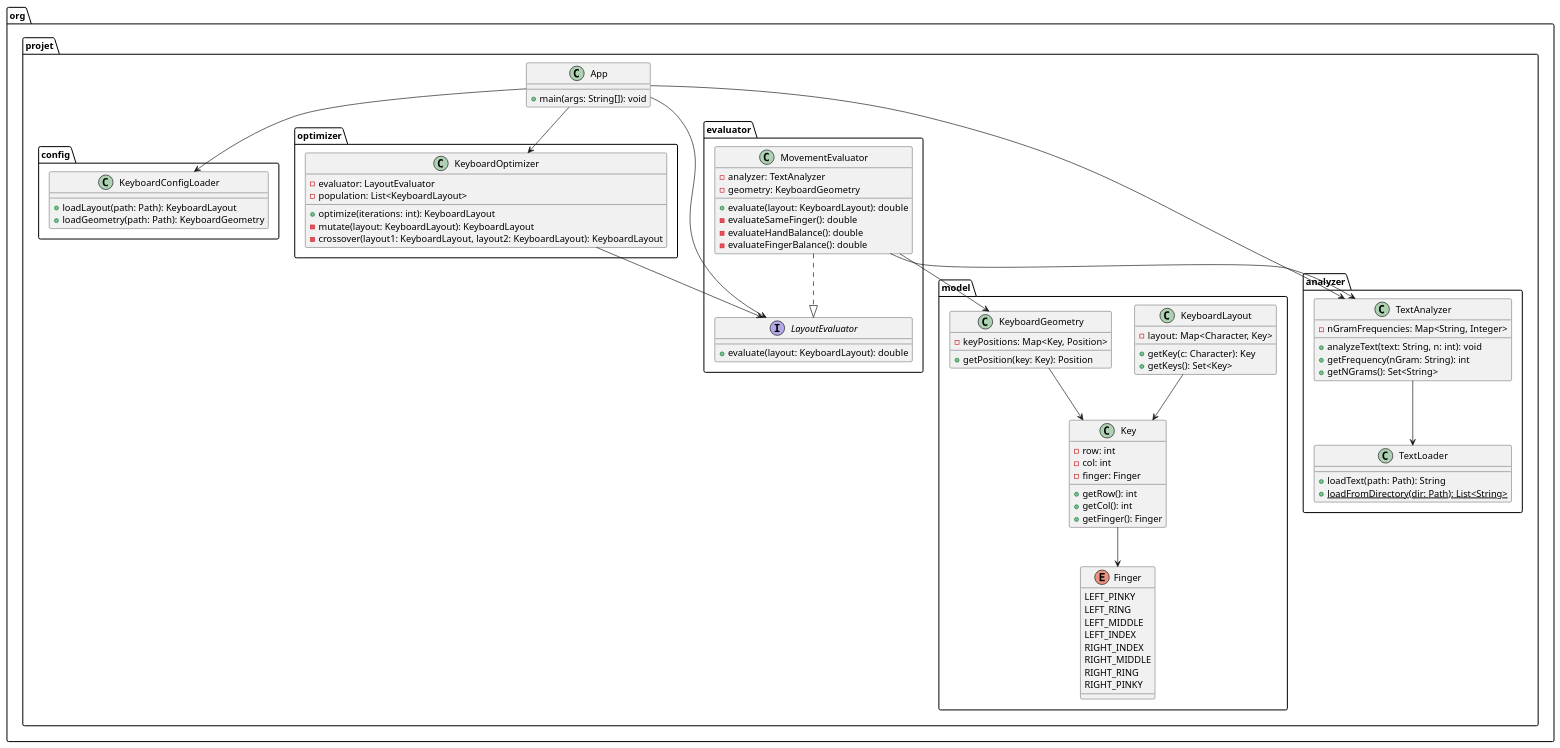
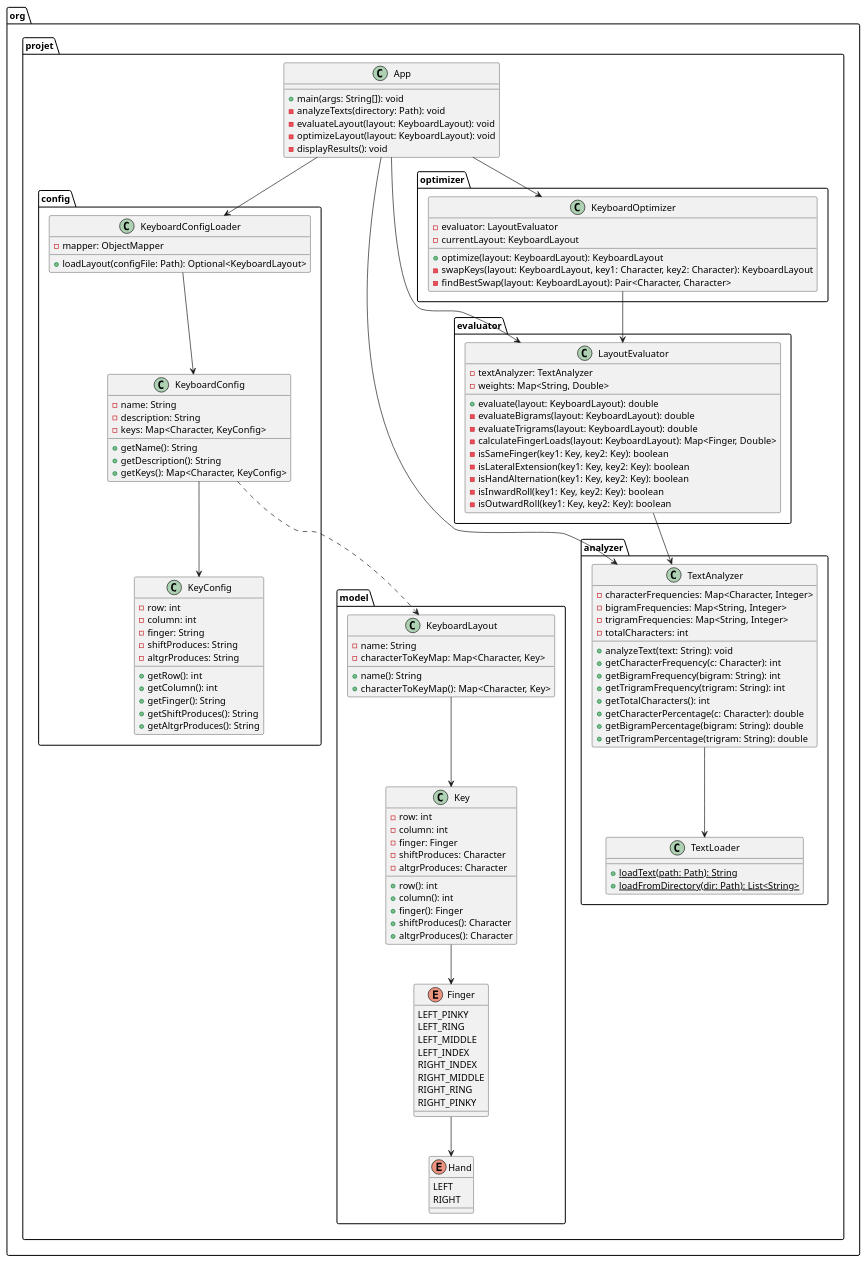
One commit to dikesh10/projet_CPOO changed the diagram in projet/class-diagram.puml. Above: the diagram before and after it, drawn with PlantUML. The commit also changed 8 other files, not shown here.

```diff
--- a/projet/class-diagram.puml
+++ b/projet/class-diagram.puml
@@ -1,105 +1,147 @@
 @startuml
 
 package org.projet {
     class App {
         + main(args: String[]): void
+        - analyzeTexts(directory: Path): void
+        - evaluateLayout(layout: KeyboardLayout): void
+        - optimizeLayout(layout: KeyboardLayout): void
+        - displayResults(): void
     }
 }
 
 package org.projet.analyzer {
     class TextAnalyzer {
-        - nGramFrequencies: Map<String, Integer>
-        + analyzeText(text: String, n: int): void
-        + getFrequency(nGram: String): int
-        + getNGrams(): Set<String>
+        - characterFrequencies: Map<Character, Integer>
+        - bigramFrequencies: Map<String, Integer>
+        - trigramFrequencies: Map<String, Integer>
+        - totalCharacters: int
+        + analyzeText(text: String): void
+        + getCharacterFrequency(c: Character): int
+        + getBigramFrequency(bigram: String): int
+        + getTrigramFrequency(trigram: String): int
+        + getTotalCharacters(): int
+        + getCharacterPercentage(c: Character): double
+        + getBigramPercentage(bigram: String): double
+        + getTrigramPercentage(trigram: String): double
     }
 
     class TextLoader {
-        + loadText(path: Path): String
+        + {static} loadText(path: Path): String
         + {static} loadFromDirectory(dir: Path): List<String>
     }
 }
 
 package org.projet.config {
     class KeyboardConfigLoader {
-        + loadLayout(path: Path): KeyboardLayout
-        + loadGeometry(path: Path): KeyboardGeometry
+        - mapper: ObjectMapper
+        + loadLayout(configFile: Path): Optional<KeyboardLayout>
+    }
+
+    class KeyboardConfig {
+        - name: String
+        - description: String
+        - keys: Map<Character, KeyConfig>
+        + getName(): String
+        + getDescription(): String
+        + getKeys(): Map<Character, KeyConfig>
+    }
+
+    class KeyConfig {
+        - row: int
+        - column: int
+        - finger: String
+        - shiftProduces: String
+        - altgrProduces: String
+        + getRow(): int
+        + getColumn(): int
+        + getFinger(): String
+        + getShiftProduces(): String
+        + getAltgrProduces(): String
     }
 }
 
 package org.projet.model {
     class KeyboardLayout {
-        - layout: Map<Character, Key>
-        + getKey(c: Character): Key
-        + getKeys(): Set<Key>
-    }
-
-    class KeyboardGeometry {
-        - keyPositions: Map<Key, Position>
-        + getPosition(key: Key): Position
+        - name: String
+        - characterToKeyMap: Map<Character, Key>
+        + name(): String
+        + characterToKeyMap(): Map<Character, Key>
     }
 
     class Key {
         - row: int
-        - col: int
+        - column: int
         - finger: Finger
-        + getRow(): int
-        + getCol(): int
-        + getFinger(): Finger
+        - shiftProduces: Character
+        - altgrProduces: Character
+        + row(): int
+        + column(): int
+        + finger(): Finger
+        + shiftProduces(): Character
+        + altgrProduces(): Character
     }
 
     enum Finger {
         LEFT_PINKY
         LEFT_RING
         LEFT_MIDDLE
         LEFT_INDEX
         RIGHT_INDEX
         RIGHT_MIDDLE
         RIGHT_RING
         RIGHT_PINKY
     }
+
+    enum Hand {
+        LEFT
+        RIGHT
+    }
 }
 
 package org.projet.evaluator {
-    interface LayoutEvaluator {
+    class LayoutEvaluator {
+        - textAnalyzer: TextAnalyzer
+        - weights: Map<String, Double>
         + evaluate(layout: KeyboardLayout): double
-    }
-
-    class MovementEvaluator {
-        - analyzer: TextAnalyzer
-        - geometry: KeyboardGeometry
-        + evaluate(layout: KeyboardLayout): double
-        - evaluateSameFinger(): double
-        - evaluateHandBalance(): double
-        - evaluateFingerBalance(): double
+        - evaluateBigrams(layout: KeyboardLayout): double
+        - evaluateTrigrams(layout: KeyboardLayout): double
+        - calculateFingerLoads(layout: KeyboardLayout): Map<Finger, Double>
+        - isSameFinger(key1: Key, key2: Key): boolean
+        - isLateralExtension(key1: Key, key2: Key): boolean
+        - isHandAlternation(key1: Key, key2: Key): boolean
+        - isInwardRoll(key1: Key, key2: Key): boolean
+        - isOutwardRoll(key1: Key, key2: Key): boolean
     }
 }
 
 package org.projet.optimizer {
     class KeyboardOptimizer {
         - evaluator: LayoutEvaluator
-        - population: List<KeyboardLayout>
-        + optimize(iterations: int): KeyboardLayout
-        - mutate(layout: KeyboardLayout): KeyboardLayout
-        - crossover(layout1: KeyboardLayout, layout2: KeyboardLayout): KeyboardLayout
+        - currentLayout: KeyboardLayout
+        + optimize(layout: KeyboardLayout): KeyboardLayout
+        - swapKeys(layout: KeyboardLayout, key1: Character, key2: Character): KeyboardLayout
+        - findBestSwap(layout: KeyboardLayout): Pair<Character, Character>
     }
 }
 
 ' Relations
 App --> TextAnalyzer
 App --> LayoutEvaluator
 App --> KeyboardOptimizer
 App --> KeyboardConfigLoader
 
 TextAnalyzer --> TextLoader
 
-MovementEvaluator ..|> LayoutEvaluator
-MovementEvaluator --> TextAnalyzer
-MovementEvaluator --> KeyboardGeometry
+KeyboardConfigLoader --> KeyboardConfig
+KeyboardConfig --> KeyConfig
+KeyboardConfig ..> KeyboardLayout
+
+KeyboardLayout --> Key
+Key --> Finger
+Finger --> Hand
 
 KeyboardOptimizer --> LayoutEvaluator
-KeyboardLayout --> Key
-KeyboardGeometry --> Key
-Key --> Finger
+LayoutEvaluator --> TextAnalyzer
 
 @enduml
```
